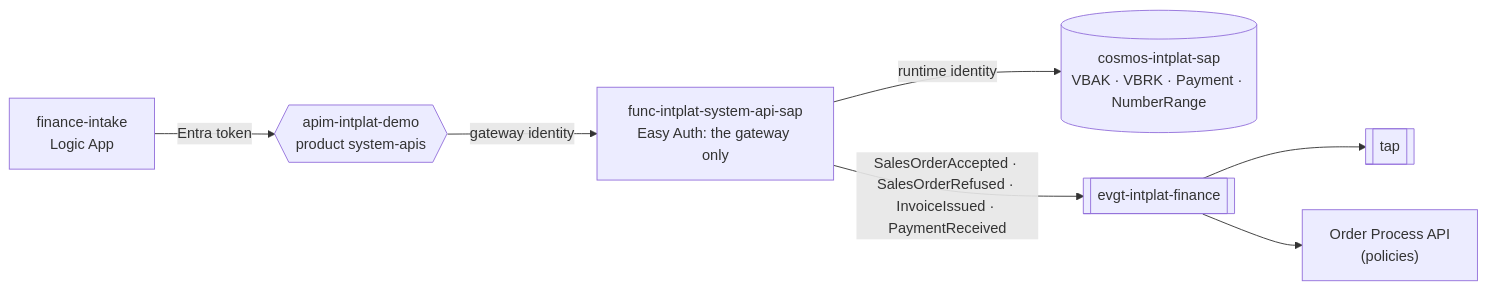
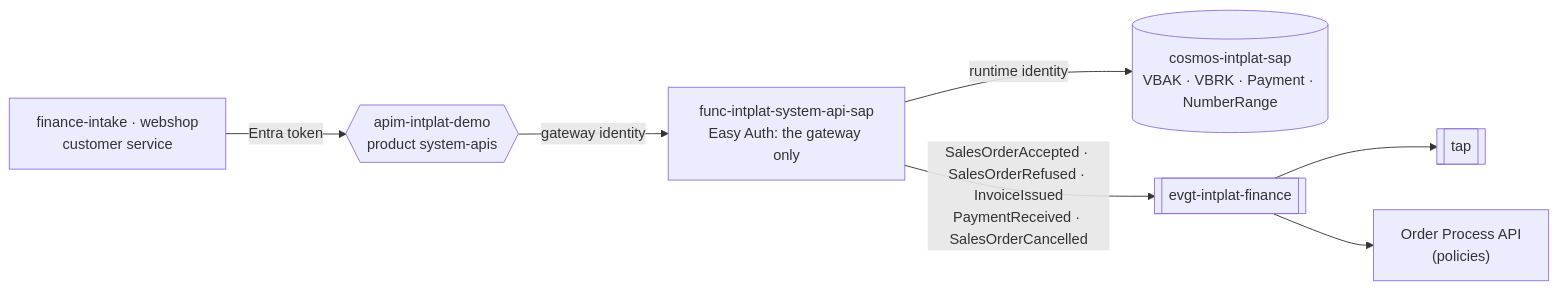
Before and after one commit to azure-intelligence-domain/system-api-sap: the diagram in README.md, drawn with Mermaid. The commit also changed other lines of this file and 7 other files, not shown here.

First line of the commit message:
Cancel Sales Order: soft delete, the invoice reversed by a credit note (v1.2.0)

````diff
--- a/README.md
+++ b/README.md
@@ -17,9 +17,9 @@
 ```mermaid
 flowchart LR
-    caller["finance-intake<br/>Logic App"] -- "Entra token" --> apim{{"apim-intplat-demo<br/>product system-apis"}}
+    caller["finance-intake · webshop<br/>customer service"] -- "Entra token" --> apim{{"apim-intplat-demo<br/>product system-apis"}}
     apim -- "gateway identity" --> func["func-intplat-system-api-sap<br/>Easy Auth: the gateway only"]
     func -- "runtime identity" --> db[("cosmos-intplat-sap<br/>VBAK · VBRK · Payment · NumberRange")]
-    func -- "SalesOrderAccepted · SalesOrderRefused · InvoiceIssued · PaymentReceived" --> topic[["evgt-intplat-finance"]]
+    func -- "SalesOrderAccepted · SalesOrderRefused · InvoiceIssued<br/>PaymentReceived · SalesOrderCancelled" --> topic[["evgt-intplat-finance"]]
     topic --> tap[["tap"]]
     topic --> order["Order Process API<br/>(policies)"]
 ```
````
